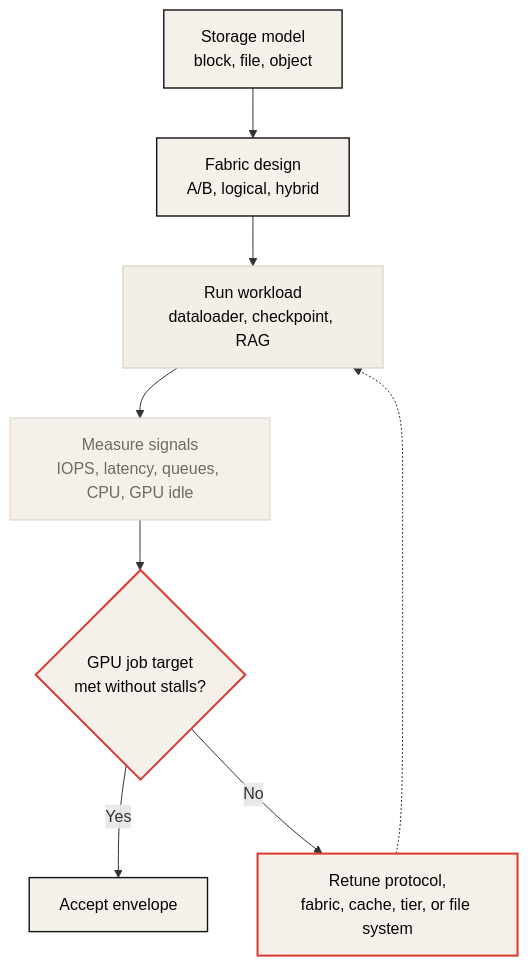
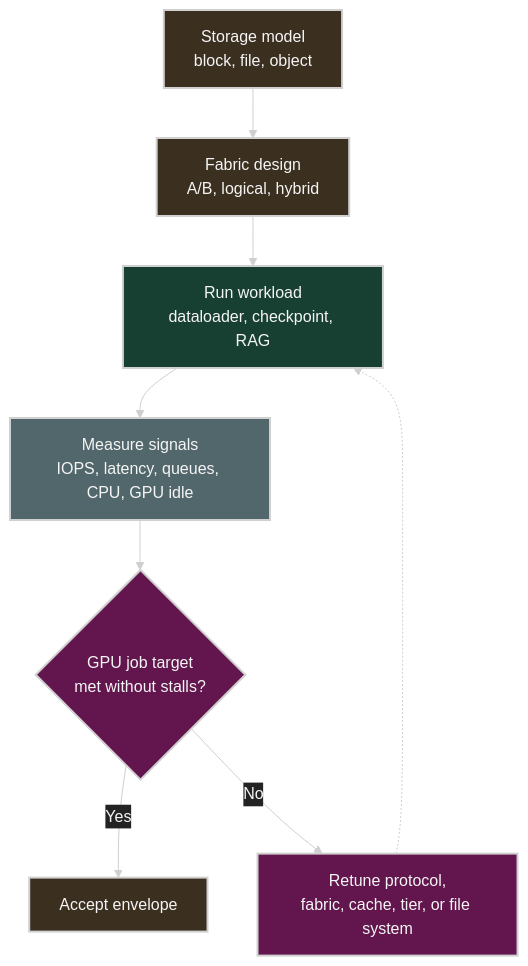
One commit to ziwon/ai-data-center-network changed the third of 3 diagrams in ai-data-center-network/chap09/README.md. Above: the diagram before and after it, drawn with Mermaid. The commit also changed other lines of this file and 35 other files, not shown here.

Commit message:
docs(mermaid): apply dark diagram style

````diff
--- a/ai-data-center-network/chap09/README.md
+++ b/ai-data-center-network/chap09/README.md
@@ -561,20 +563,21 @@
 ```mermaid
+%%{init: {"theme": "base", "themeVariables": {"background": "#171717", "primaryColor": "#232323", "primaryTextColor": "#f5f5f5", "primaryBorderColor": "#d0d0d0", "lineColor": "#cfcfcf", "fontFamily": "Inter, Arial, sans-serif"}}}%%
 flowchart TB
-    classDef model fill:#F5F1EA,stroke:#111111,stroke-width:1.4px,color:#050505
-    classDef test fill:#F3EFE7,stroke:#D8D1C7,stroke-width:1.2px,color:#050505
-    classDef signal fill:#F5F1EA,stroke:#D8D1C7,stroke-width:1px,color:#6F6A63
-    classDef accent fill:#F5F1EA,stroke:#D9392E,stroke-width:2px,color:#050505
+    classDef model fill:#3b2f20,stroke:#d0d0d0,color:#f5f5f5,stroke-width:2px;
+    classDef test fill:#173f32,stroke:#d0d0d0,color:#f5f5f5,stroke-width:2px;
+    classDef signal fill:#52676b,stroke:#d0d0d0,color:#f5f5f5,stroke-width:2px;
+    classDef accent fill:#62164d,stroke:#d0d0d0,color:#f5f5f5,stroke-width:2px;
 
     M[Storage model<br/>block, file, object]:::model
     F[Fabric design<br/>A/B, logical, hybrid]:::model
     W[Run workload<br/>dataloader, checkpoint, RAG]:::test
     S[Measure signals<br/>IOPS, latency, queues, CPU, GPU idle]:::signal
     D{GPU job target<br/>met without stalls?}:::accent
     A[Accept envelope]:::model
     R[Retune protocol,<br/>fabric, cache, tier, or file system]:::accent
 
     M --> F --> W --> S --> D
     D -->|Yes| A
     D -->|No| R
     R -.-> W
 ```
````
